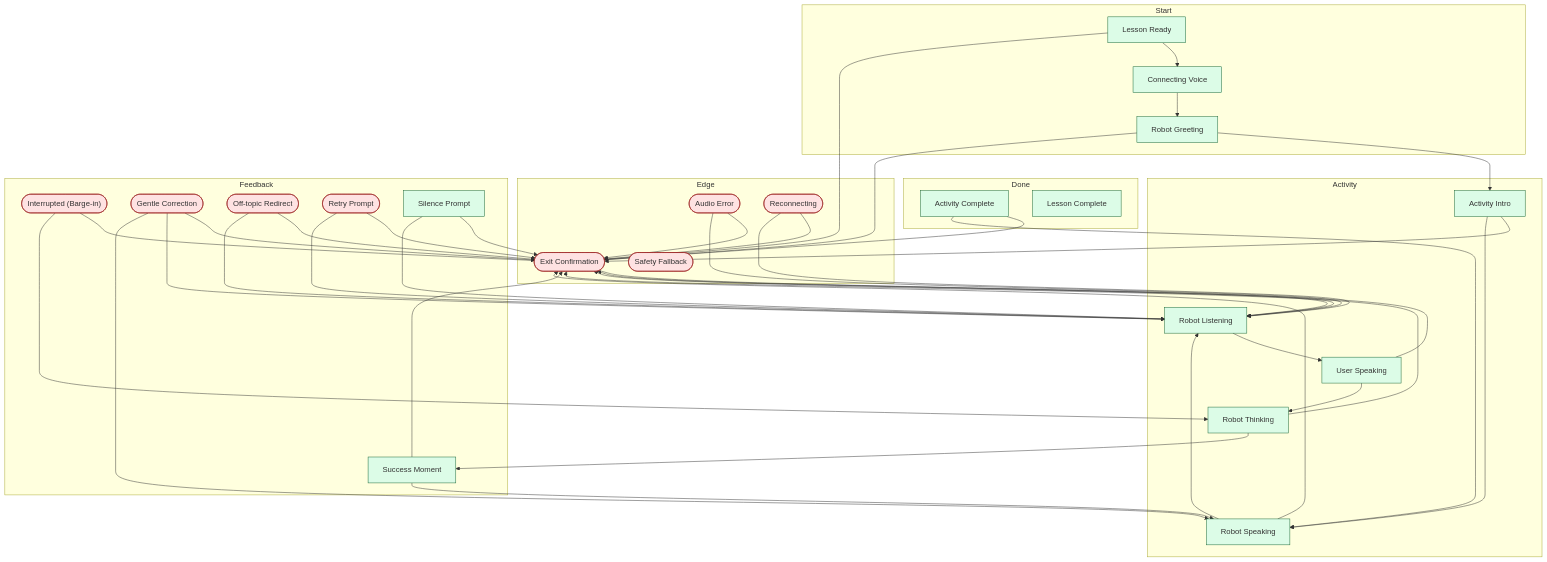
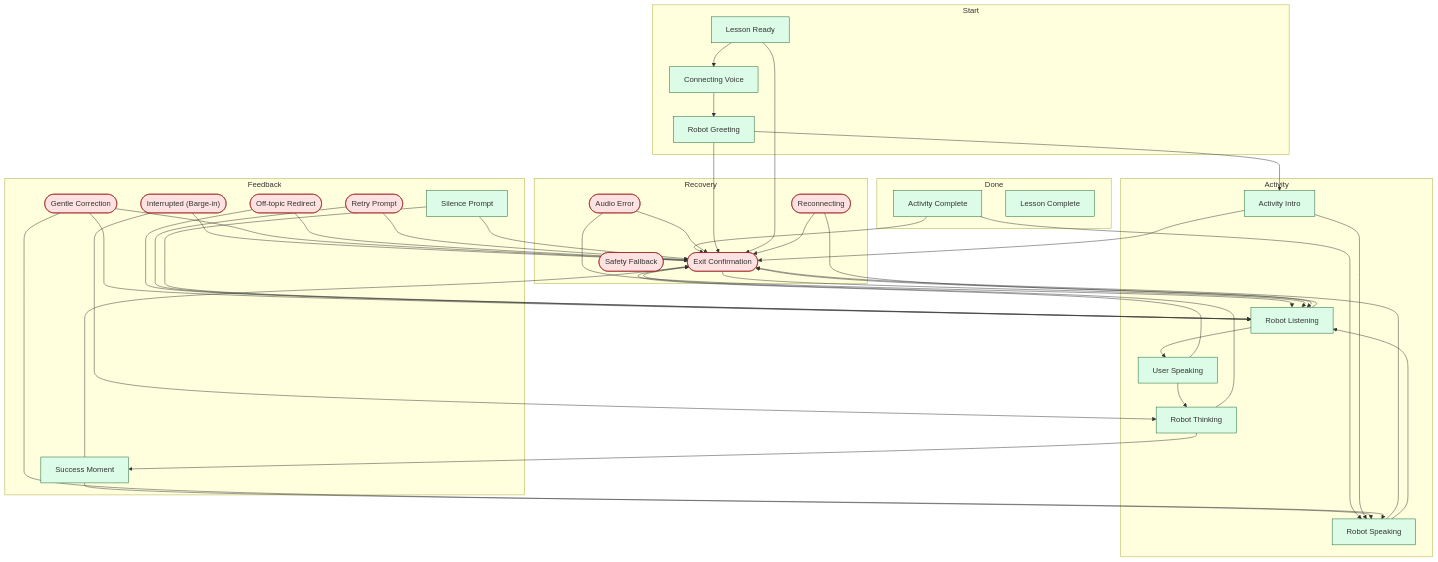
The diagram in tbot-design/docs/flows/domains/lesson-session/flow.mmd (JSR-Algo/TJBOT-Mobile), drawn with Mermaid before and after one commit. The commit also changed 11 other files, not shown here.

First line of the commit message:
flows(fixes): C7+C9 + lane re-balance + group rename + extract states.js-canonical

```diff
--- a/tbot-design/docs/flows/domains/lesson-session/flow.mmd
+++ b/tbot-design/docs/flows/domains/lesson-session/flow.mmd
@@ -1,80 +1,80 @@
-%% GENERATED FROM nav-graph-data.json sha=9cfd302d222f. Do not edit by hand.
+%% GENERATED FROM nav-graph-data.json sha=376473248fcb. Do not edit by hand.
 %% domain: lesson-session
 flowchart TD
   classDef happy fill:#dcfce7,stroke:#166534
   classDef edge  fill:#fee2e2,stroke:#991b1b
   subgraph Activity["Activity"]
     activity_intro["Activity Intro"]
     robot_listening["Robot Listening"]
     robot_speaking["Robot Speaking"]
     thinking["Robot Thinking"]
     user_speaking["User Speaking"]
   end
   subgraph Done["Done"]
     activity_done["Activity Complete"]
     lesson_done["Lesson Complete"]
   end
-  subgraph Edge["Edge"]
-    audio_error(["Audio Error"])
-    exit_confirm(["Exit Confirmation"])
-    reconnecting(["Reconnecting"])
-    safety(["Safety Fallback"])
-  end
   subgraph Feedback["Feedback"]
     bargein(["Interrupted (Barge-in)"])
     gentle(["Gentle Correction"])
     offtopic(["Off-topic Redirect"])
     retry(["Retry Prompt"])
     silence["Silence Prompt"]
     success["Success Moment"]
+  end
+  subgraph Recovery["Recovery"]
+    audio_error(["Audio Error"])
+    exit_confirm(["Exit Confirmation"])
+    reconnecting(["Reconnecting"])
+    safety(["Safety Fallback"])
   end
   subgraph Start["Start"]
     connecting["Connecting Voice"]
     greeting["Robot Greeting"]
     lesson_ready["Lesson Ready"]
   end
   activity_done --> exit_confirm
   activity_done --> robot_speaking
   activity_intro --> exit_confirm
   activity_intro --> robot_speaking
   audio_error --> exit_confirm
   audio_error --> robot_listening
   bargein --> exit_confirm
   bargein --> thinking
   connecting --> greeting
   exit_confirm --> robot_listening
   gentle --> exit_confirm
   gentle --> robot_listening
   gentle --> robot_speaking
   greeting --> activity_intro
   greeting --> exit_confirm
   lesson_ready --> connecting
   lesson_ready --> exit_confirm
   offtopic --> exit_confirm
   offtopic --> robot_listening
   reconnecting --> exit_confirm
   reconnecting --> robot_listening
   retry --> exit_confirm
   retry --> robot_listening
   robot_listening --> exit_confirm
   robot_listening --> user_speaking
   robot_speaking --> exit_confirm
   robot_speaking --> robot_listening
   silence --> exit_confirm
   silence --> robot_listening
   success --> exit_confirm
   success --> robot_speaking
   thinking --> exit_confirm
   thinking --> success
   user_speaking --> exit_confirm
   user_speaking --> thinking
   class activity_intro,robot_listening,robot_speaking,thinking,user_speaking,activity_done,lesson_done,silence,success,connecting,greeting,lesson_ready happy
-  class audio_error,exit_confirm,reconnecting,safety,bargein,gentle,offtopic,retry edge
+  class bargein,gentle,offtopic,retry,audio_error,exit_confirm,reconnecting,safety edge
 
 %% cross-domain outbound (handled in shared/cross-domain.flow.mmd):
 %%   audio_error -> home_hub_idle (home)
 %%   exit_confirm -> home_hub_idle (home)
 %%   lesson_done -> home_hub_idle (home)
 %%   lesson_ready -> home_hub_idle (home)
 %%   safety -> home_hub_idle (home)
 %%   lesson_done -> lesson_summary (progress)
```
